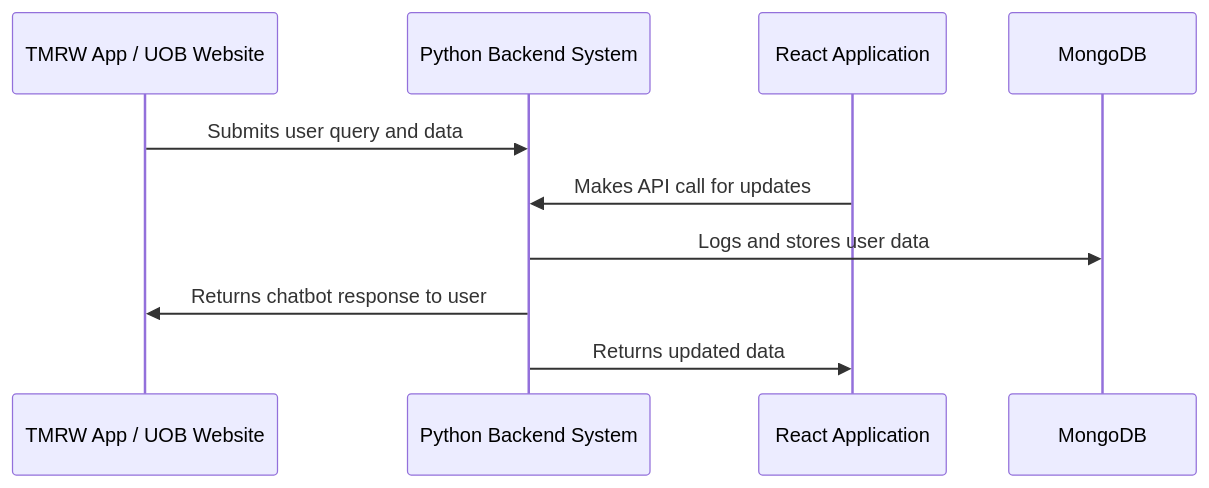
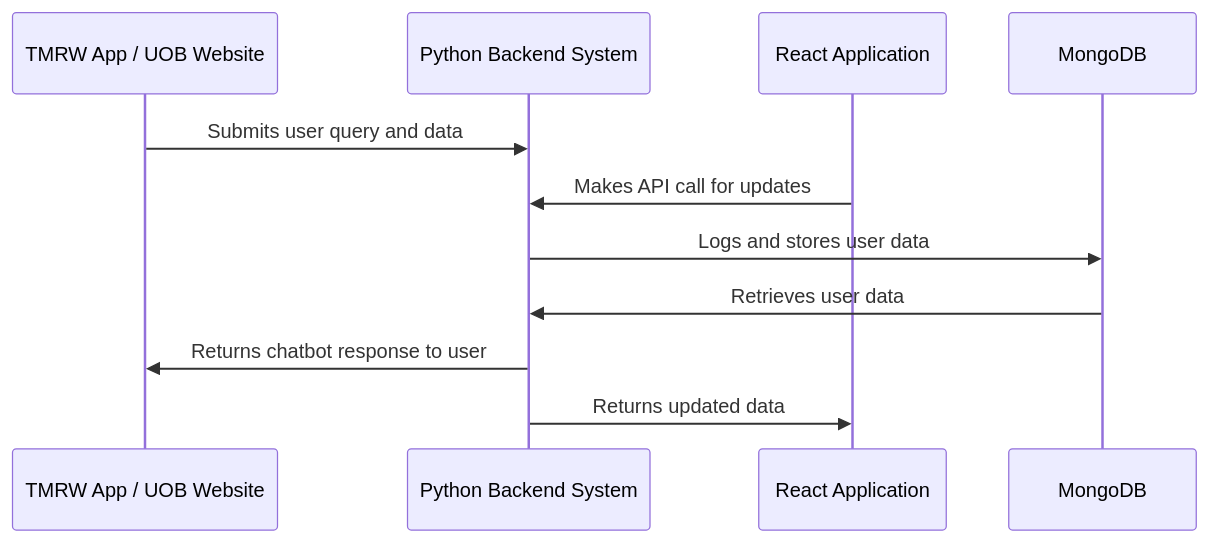
The diagram in README.md (germainelry/TDP-LLM-Chatbot), drawn with Mermaid before and after one commit. The commit also changed other lines of this file, not shown here.

````diff
--- a/README.md
+++ b/README.md
@@ -65,8 +93,16 @@
 ```mermaid
+
 sequenceDiagram
+
 TMRW App / UOB Website ->> Python Backend System: Submits user query and data
+
 React Application ->> Python Backend System: Makes API call for updates
+
 Python Backend System->>MongoDB: Logs and stores user data
+MongoDB->>Python Backend System: Retrieves user data
+
 Python Backend System->> TMRW App / UOB Website: Returns chatbot response to user
+
 Python Backend System->> React Application: Returns updated data
+
 ```
````
